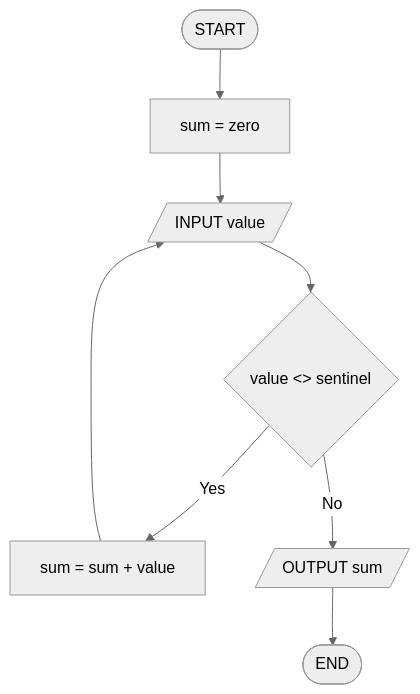
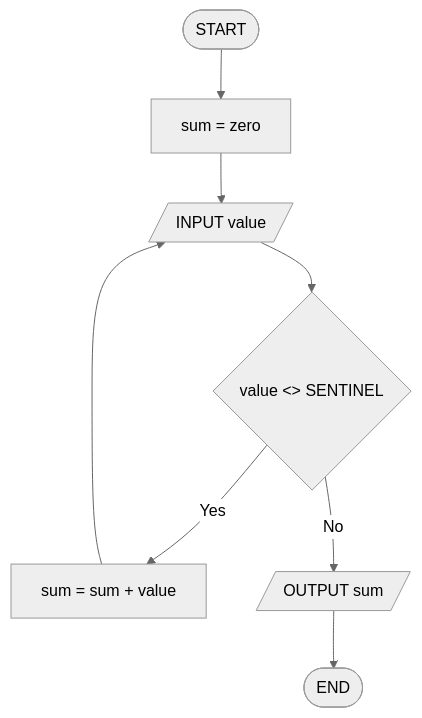
The fourth of 5 diagrams in docs/seances/03/exercices_seance_03.md (ISIBrussels/methodo-algo), drawn with Mermaid (neutral theme) before and after one commit. The commit also changed other lines of this file and 2 other files, not shown here.

First line of the commit message:
fix(docs): sorties Yes/No aux coins du losange + clarifier sentinel S3

````diff
--- a/docs/seances/03/exercices_seance_03.md
+++ b/docs/seances/03/exercices_seance_03.md
@@ -201,10 +202,10 @@
 ```mermaid
 flowchart TB
   A([START]) --> B["sum = zero"]
   B --> C[/INPUT value/]
-  C --> D{value <> sentinel}
+  C --> D{value <> SENTINEL}
   D -->|Yes| E["sum = sum + value"]
   E --> C
   D -->|No| F[/OUTPUT sum/]
   F --> G([END])
 ```
````
